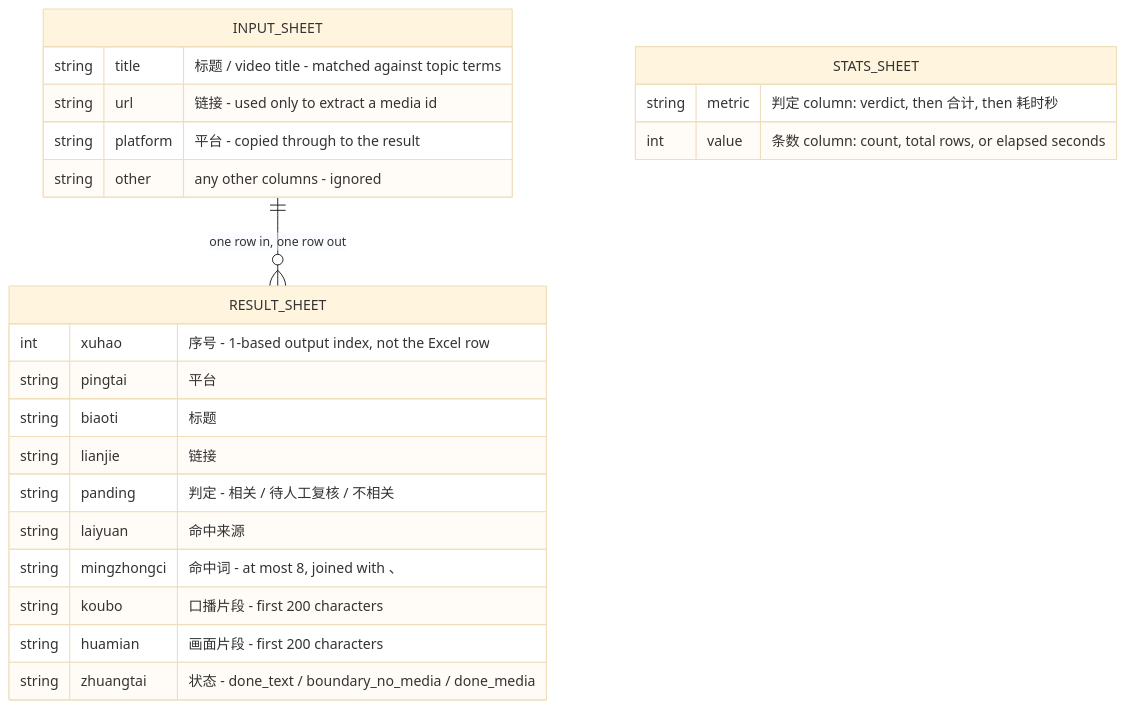
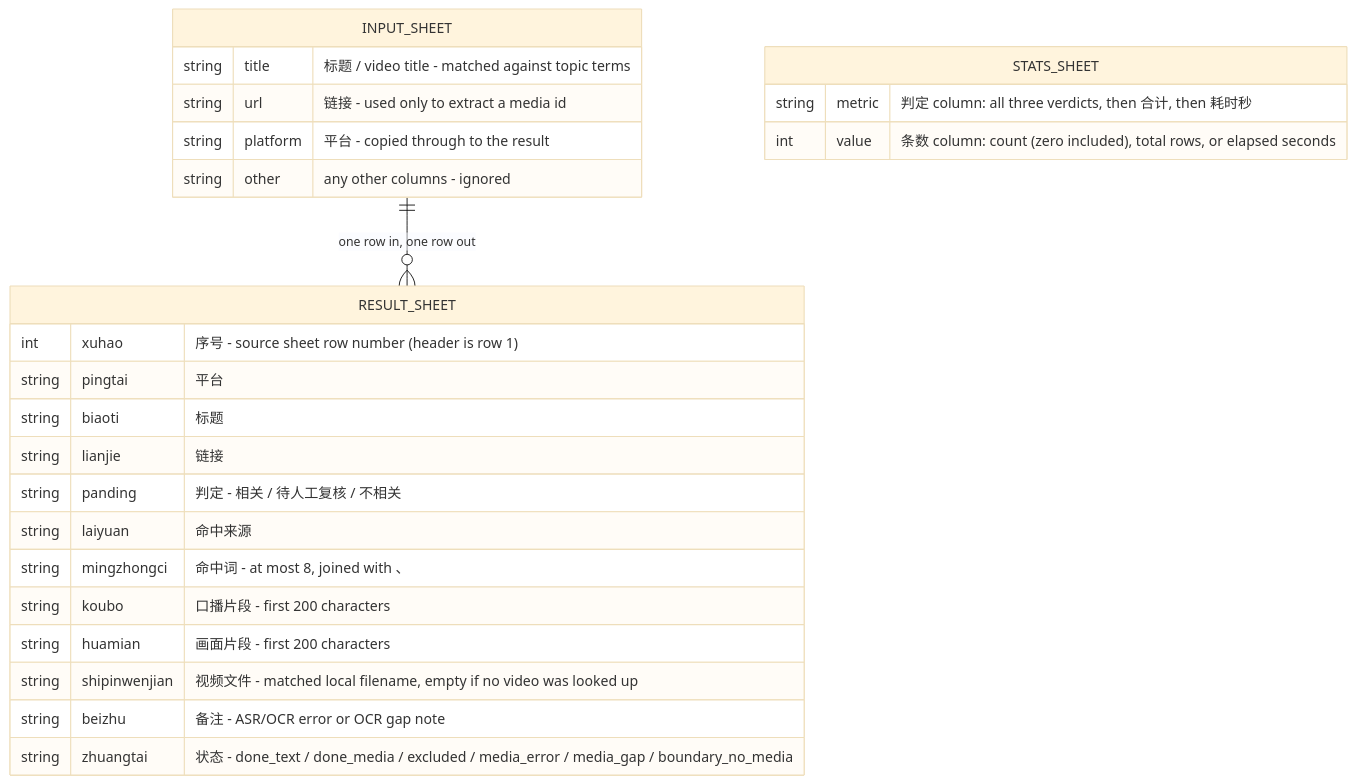
Before and after one commit to Ethan-upgrade/sv-topic-screener: the fifth of 6 diagrams in README.md, drawn with Mermaid (base theme). The commit also changed other lines of this file and 4 other files, not shown here.

First line of the commit message:
fix: honour exclude terms, surface media failures and keep source rows

````diff
--- a/README.md
+++ b/README.md
@@ -271,26 +299,28 @@
 ```mermaid
 erDiagram
     INPUT_SHEET {
         string title "标题 / video title - matched against topic terms"
         string url "链接 - used only to extract a media id"
         string platform "平台 - copied through to the result"
         string other "any other columns - ignored"
     }
     RESULT_SHEET {
-        int xuhao "序号 - 1-based output index, not the Excel row"
+        int xuhao "序号 - source sheet row number (header is row 1)"
         string pingtai "平台"
         string biaoti "标题"
         string lianjie "链接"
         string panding "判定 - 相关 / 待人工复核 / 不相关"
         string laiyuan "命中来源"
         string mingzhongci "命中词 - at most 8, joined with 、"
         string koubo "口播片段 - first 200 characters"
         string huamian "画面片段 - first 200 characters"
-        string zhuangtai "状态 - done_text / boundary_no_media / done_media"
+        string shipinwenjian "视频文件 - matched local filename, empty if no video was looked up"
+        string beizhu "备注 - ASR/OCR error or OCR gap note"
+        string zhuangtai "状态 - done_text / done_media / excluded / media_error / media_gap / boundary_no_media"
     }
     STATS_SHEET {
-        string metric "判定 column: verdict, then 合计, then 耗时秒"
-        int value "条数 column: count, total rows, or elapsed seconds"
+        string metric "判定 column: all three verdicts, then 合计, then 耗时秒"
+        int value "条数 column: count (zero included), total rows, or elapsed seconds"
     }
     INPUT_SHEET ||--o{ RESULT_SHEET : "one row in, one row out"
 ```
````
